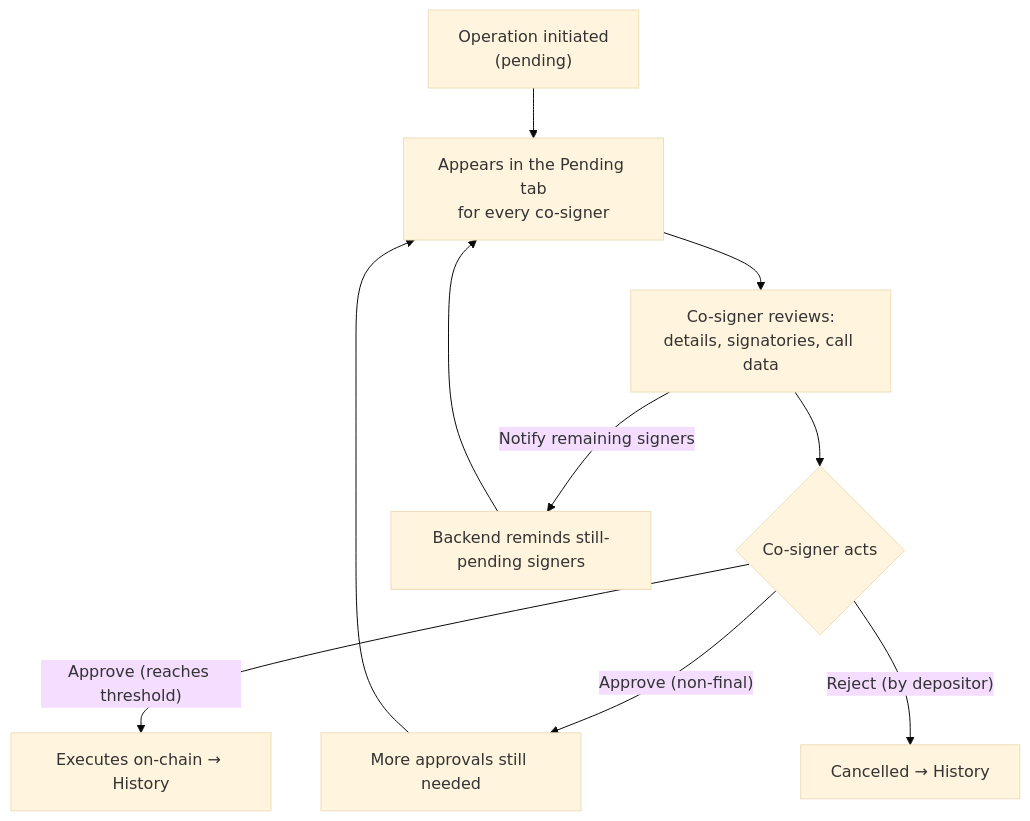
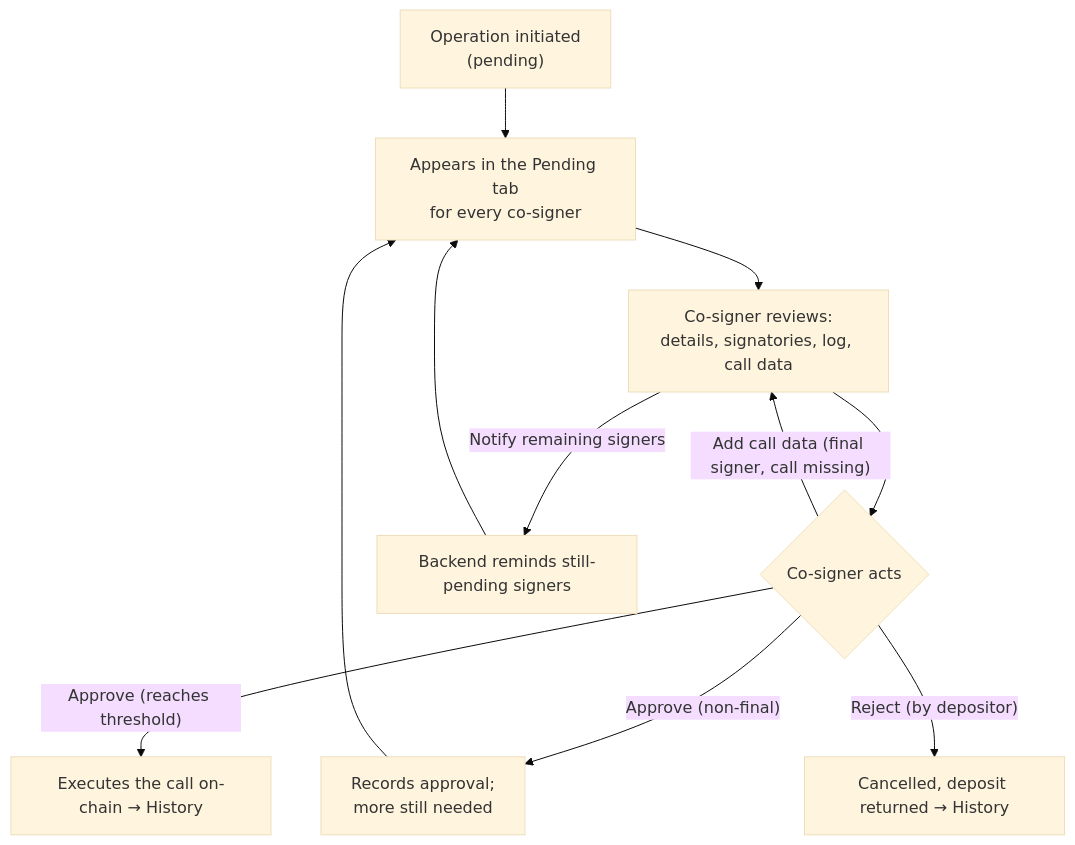
The second of 2 diagrams in src/renderer/features/multisig-operations/README.md (novasamatech/nova-spektr), drawn with Mermaid (base theme) before and after one commit. The commit also changed other lines of this file, not shown here.

````diff
--- a/src/renderer/features/multisig-operations/README.md
+++ b/src/renderer/features/multisig-operations/README.md
@@ -101,12 +294,13 @@
 ```mermaid
 flowchart TD
     NEW["Operation initiated<br/>(pending)"] --> LIST["Appears in the Pending tab<br/>for every co-signer"]
-    LIST --> REVIEW["Co-signer reviews:<br/>details, signatories, call data"]
+    LIST --> REVIEW["Co-signer reviews:<br/>details, signatories, log, call data"]
     REVIEW --> ACT{"Co-signer acts"}
-    ACT -- "Approve (non-final)" --> WAIT["More approvals still needed"]
+    ACT -- "Approve (non-final)" --> WAIT["Records approval;<br/>more still needed"]
     WAIT --> LIST
-    ACT -- "Approve (reaches threshold)" --> EXEC["Executes on-chain → History"]
-    ACT -- "Reject (by depositor)" --> CANCEL["Cancelled → History"]
+    ACT -- "Add call data (final signer, call missing)" --> REVIEW
+    ACT -- "Approve (reaches threshold)" --> EXEC["Executes the call on-chain → History"]
+    ACT -- "Reject (by depositor)" --> CANCEL["Cancelled, deposit returned → History"]
     REVIEW -- "Notify remaining signers" --> NUDGE["Backend reminds still-pending signers"]
     NUDGE --> LIST
 ```
````
